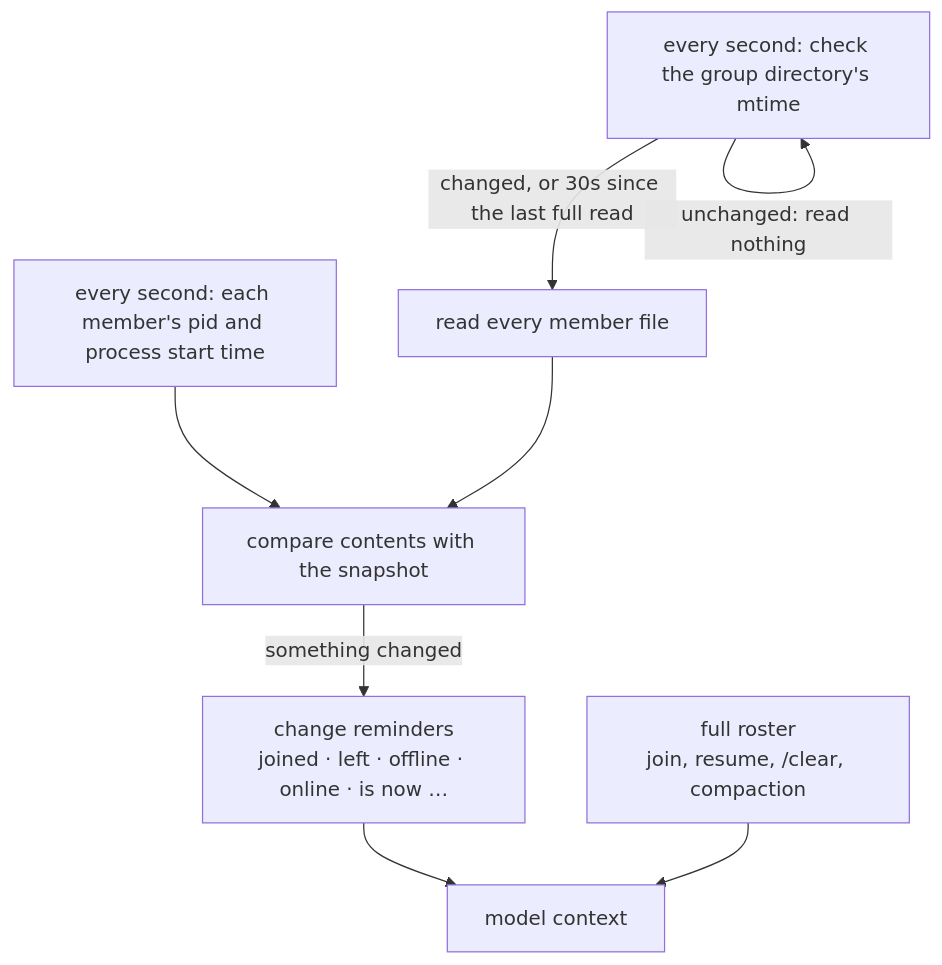
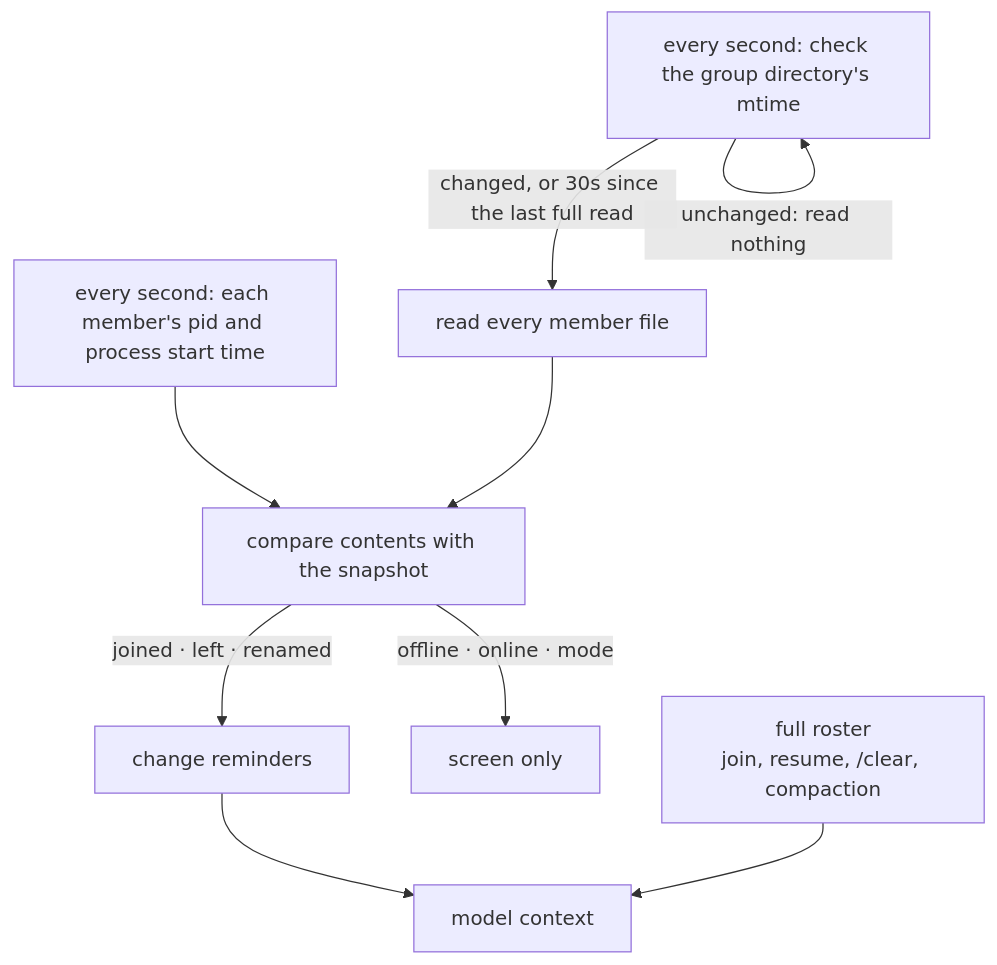
One commit to genai-io/san changed the third of 5 diagrams in docs/design/proposals/0003-session-groups.md. Above: the diagram before and after it, drawn with Mermaid. The commit also changed other lines of this file and 5 other files, not shown here.

````diff
--- a/docs/design/proposals/0003-session-groups.md
+++ b/docs/design/proposals/0003-session-groups.md
@@ -369,10 +369,11 @@
 ```mermaid
 flowchart TB
     T["every second: check the group directory's mtime"] -->|unchanged: read nothing| T
     T -->|"changed, or 30s since the last full read"| D["read every member file"]
     P["every second: each member's pid and process start time"] --> S
     D --> S["compare contents with the snapshot"]
-    S -->|something changed| R["change reminders<br/>joined · left · offline · online · is now …"]
+    S -->|joined · left · renamed| R["change reminders"]
+    S -->|offline · online · mode| U["screen only"]
     R --> M["model context"]
     F["full roster<br/>join, resume, /clear, compaction"] --> M
 ```
````
